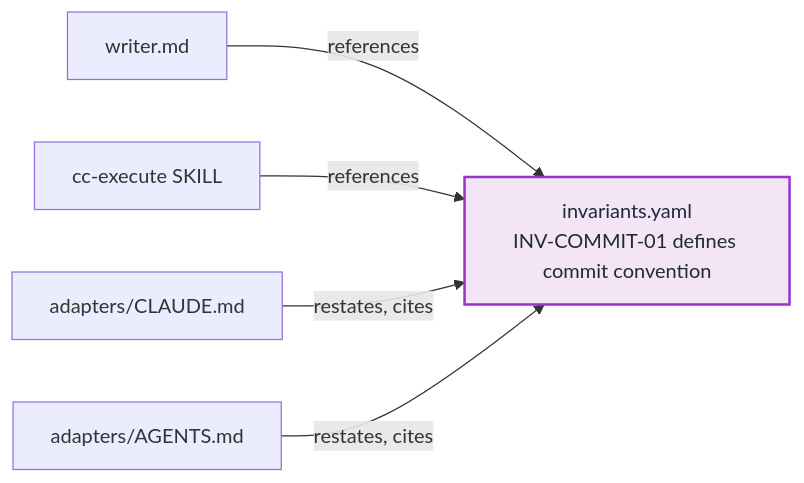
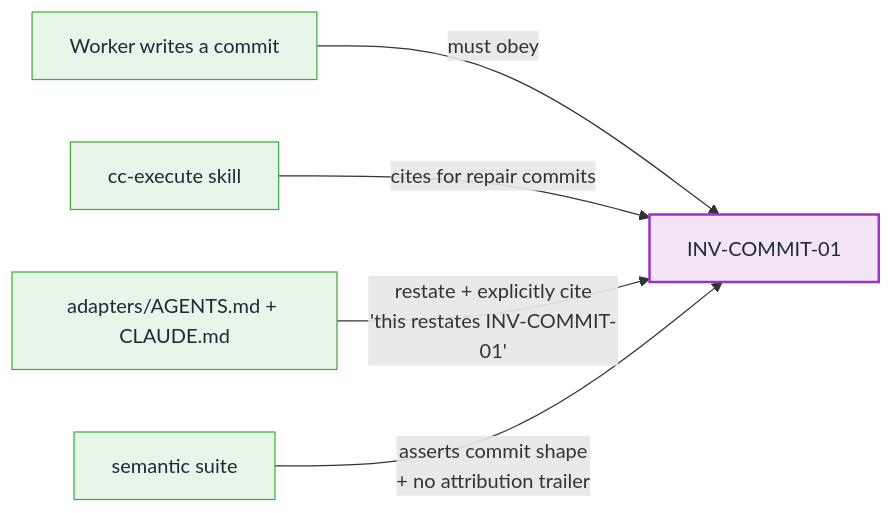
Diagram 11 of 20 in sources/CORE_CONCEPT.md (kaotypr/context-circuit-source), drawn with Mermaid before and after one commit. The commit also changed other lines of this file, not shown here.

First line of the commit message:
docs(concept): explain invariants purpose, connections, and readers

````diff
--- a/sources/CORE_CONCEPT.md
+++ b/sources/CORE_CONCEPT.md
@@ -270,11 +372,12 @@
 ```mermaid
 flowchart LR
-    INV["invariants.yaml<br/>INV-COMMIT-01 defines commit convention"]
-    S1["writer.md"] -->|references| INV
-    S2["cc-execute SKILL"] -->|references| INV
-    S3["adapters/CLAUDE.md"] -->|restates, cites| INV
-    S4["adapters/AGENTS.md"] -->|restates, cites| INV
+    W["Worker writes a commit"] -->|"must obey"| INV["INV-COMMIT-01"]
+    SK["cc-execute skill"] -->|"cites for repair commits"| INV
+    AD["adapters/AGENTS.md + CLAUDE.md"] -->|"restate + explicitly cite<br/>'this restates INV-COMMIT-01'"| INV
+    TST["semantic suite"] -->|"asserts commit shape<br/>+ no attribution trailer"| INV
 
     classDef owner fill:#f3e5f5,stroke:#93c,stroke-width:2px,color:#1f2937;
+    classDef node fill:#e8f5e9,stroke:#4a4,color:#1f2937;
     class INV owner;
+    class W,SK,AD,TST node;
 ```
````
